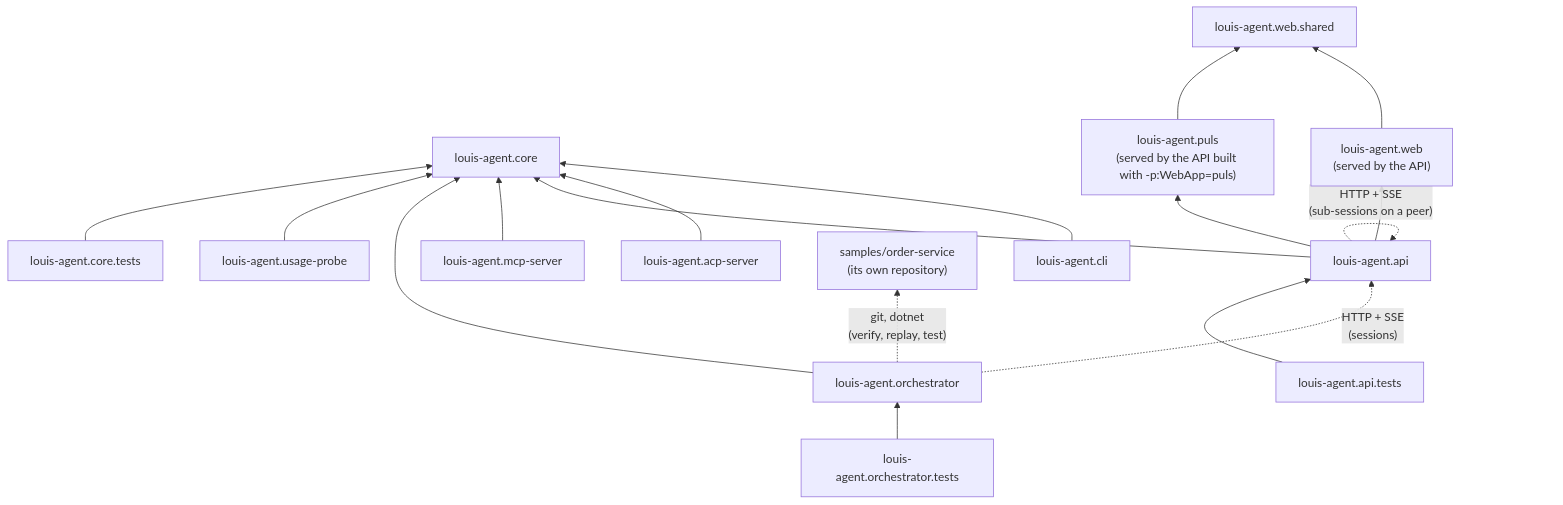
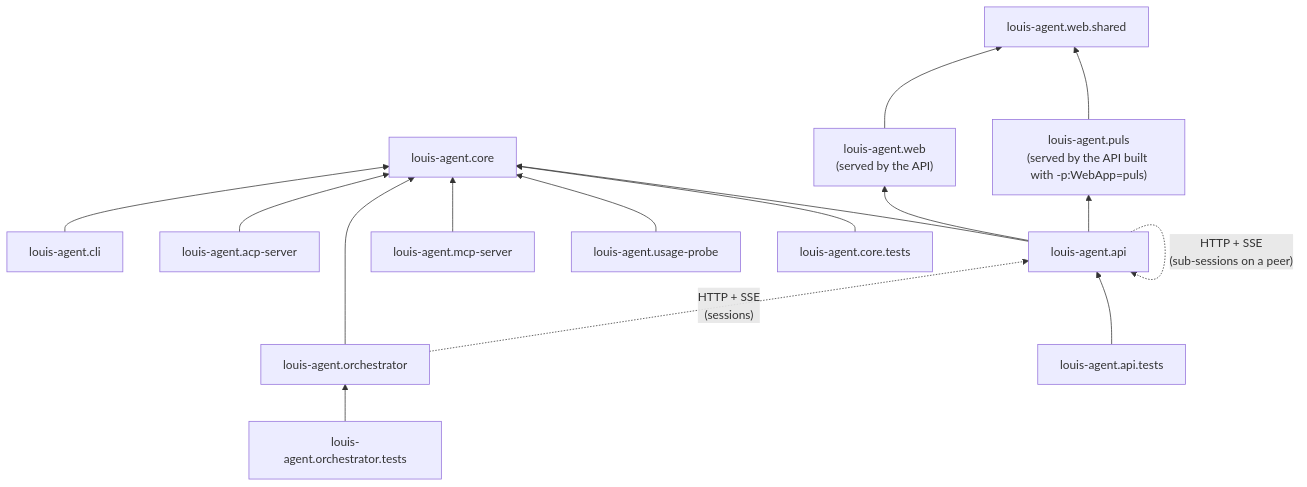
One commit to bosbevk/louis-agent changed the diagram in docs/projects/README.md. Above: the diagram before and after it, drawn with Mermaid. The commit also changed other lines of this file and 43 other files, not shown here.

````diff
--- a/docs/projects/README.md
+++ b/docs/projects/README.md
@@ -26,20 +25,19 @@
 ```mermaid
 flowchart BT
     Core["louis-agent.core"]
     CLI["louis-agent.cli"] --> Core
     ACP["louis-agent.acp-server"] --> Core
     API["louis-agent.api"] --> Core
     API --> Web["louis-agent.web<br/>(served by the API)"]
     API --> Puls["louis-agent.puls<br/>(served by the API built with -p:WebApp=puls)"]
     Web --> Shared["louis-agent.web.shared"]
     Puls --> Shared
     API -. "HTTP + SSE<br/>(sub-sessions on a peer)" .-> API
     MCP["louis-agent.mcp-server"] --> Core
     Orch["louis-agent.orchestrator"] --> Core
     Probe["louis-agent.usage-probe"] --> Core
     Orch -. "HTTP + SSE<br/>(sessions)" .-> API
-    Orch -. "git, dotnet<br/>(verify, replay, test)" .-> Svc["samples/order-service<br/>(its own repository)"]
     CoreTests["louis-agent.core.tests"] --> Core
     OrchTests["louis-agent.orchestrator.tests"] --> Orch
     ApiTests["louis-agent.api.tests"] --> API
 ```
````
